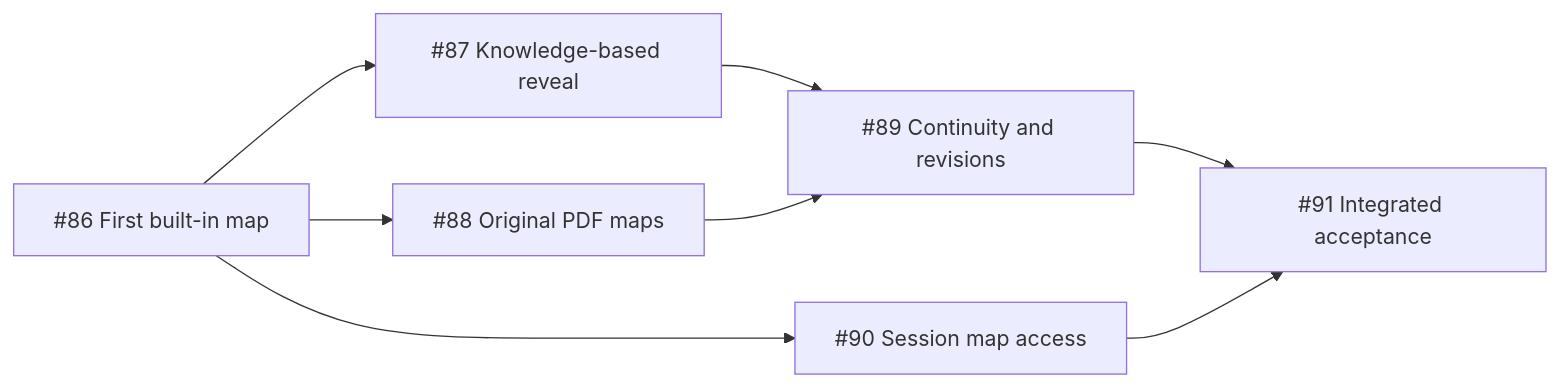
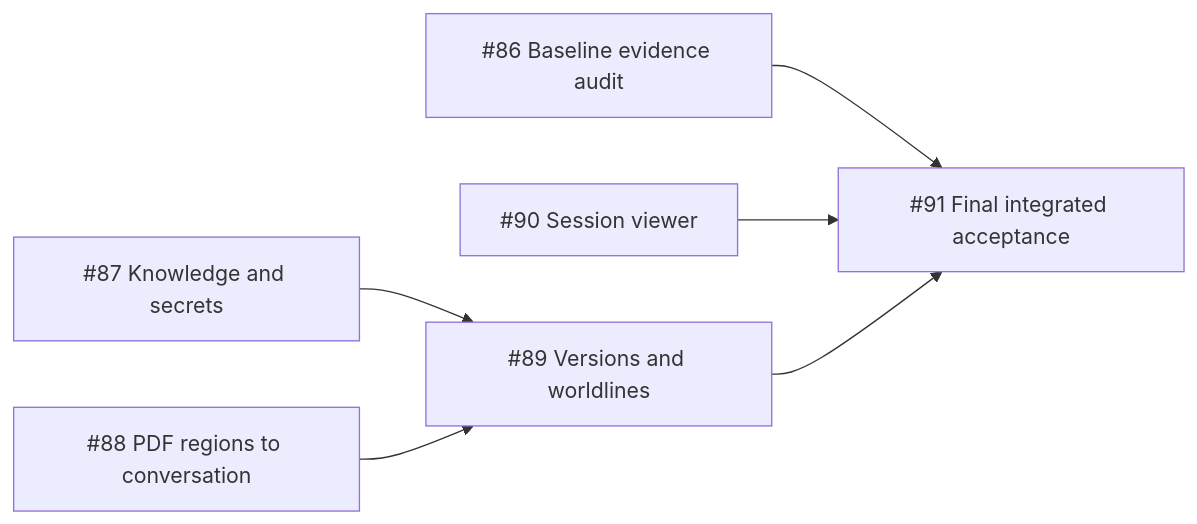
Before and after one commit to Leehow/chatrpgv4: the diagram in docs/specs/session-maps-tickets.md, drawn with Mermaid. The commit also changed other lines of this file and 8 other files, not shown here.

````diff
--- a/docs/specs/session-maps-tickets.md
+++ b/docs/specs/session-maps-tickets.md
@@ -50,10 +35,8 @@
 ```mermaid
 flowchart LR
-  A["#86 First built-in map"] --> B["#87 Knowledge-based reveal"]
-  A --> C["#88 Original PDF maps"]
-  A --> E["#90 Session map access"]
-  B --> D["#89 Continuity and revisions"]
-  C --> D
-  D --> F["#91 Integrated acceptance"]
-  E --> F
+  A["#86 Baseline evidence audit"] --> F["#91 Final integrated acceptance"]
+  B["#87 Knowledge and secrets"] --> D["#89 Versions and worldlines"]
+  C["#88 PDF regions to conversation"] --> D
+  E["#90 Session viewer"] --> F
+  D --> F
 ```
````
